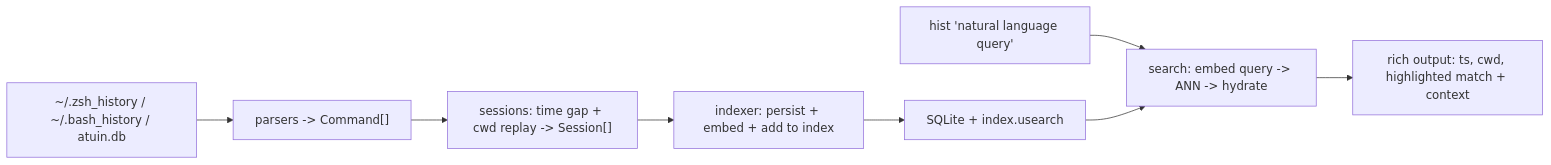
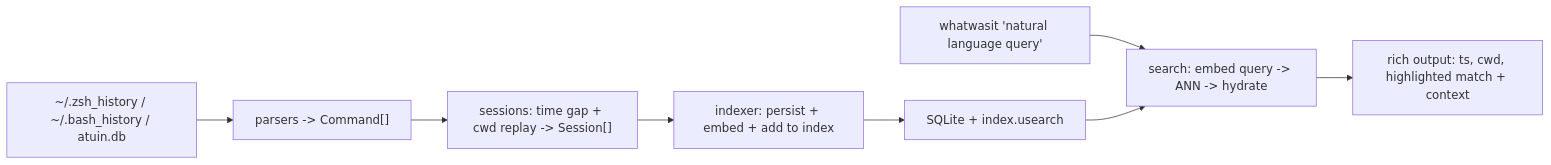
The diagram in ARCHITECTURE.md (ThorOdinson246/whatwasit), drawn with Mermaid before and after one commit. The commit also changed other lines of this file and 49 other files, not shown here.

First line of the commit message:
refactor!: rename project from hist to whatwasit

````diff
--- a/ARCHITECTURE.md
+++ b/ARCHITECTURE.md
@@ -153,10 +153,10 @@
 ```mermaid
 flowchart LR
   hfiles["~/.zsh_history / ~/.bash_history / atuin.db"] --> parser
   parser["parsers -> Command[]"] --> grouper
   grouper["sessions: time gap + cwd replay -> Session[]"] --> indexer
   indexer["indexer: persist + embed + add to index"] --> store["SQLite + index.usearch"]
-  query["hist 'natural language query'"] --> search
+  query["whatwasit 'natural language query'"] --> search
   store --> search
   search["search: embed query -> ANN -> hydrate"] --> output["rich output: ts, cwd, highlighted match + context"]
 ```
````
